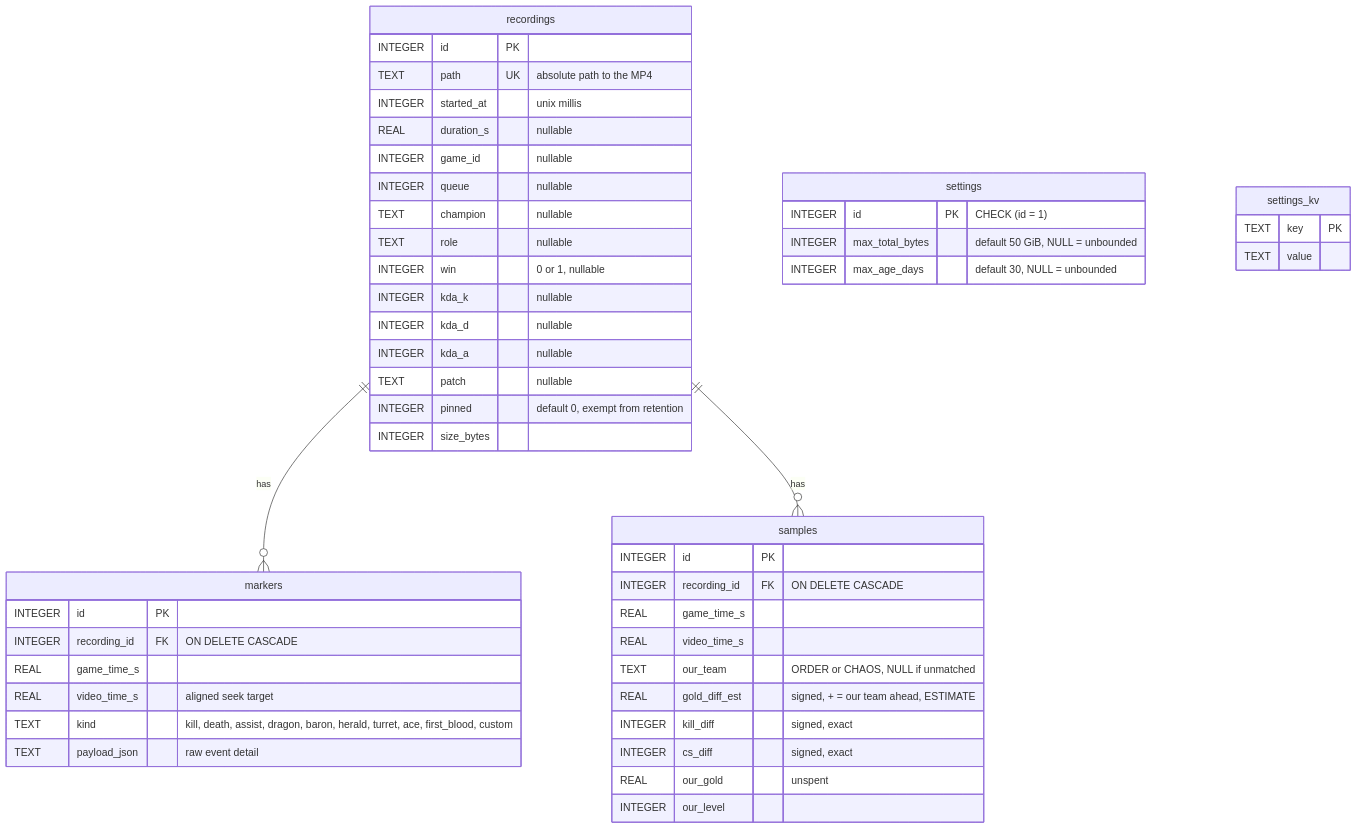
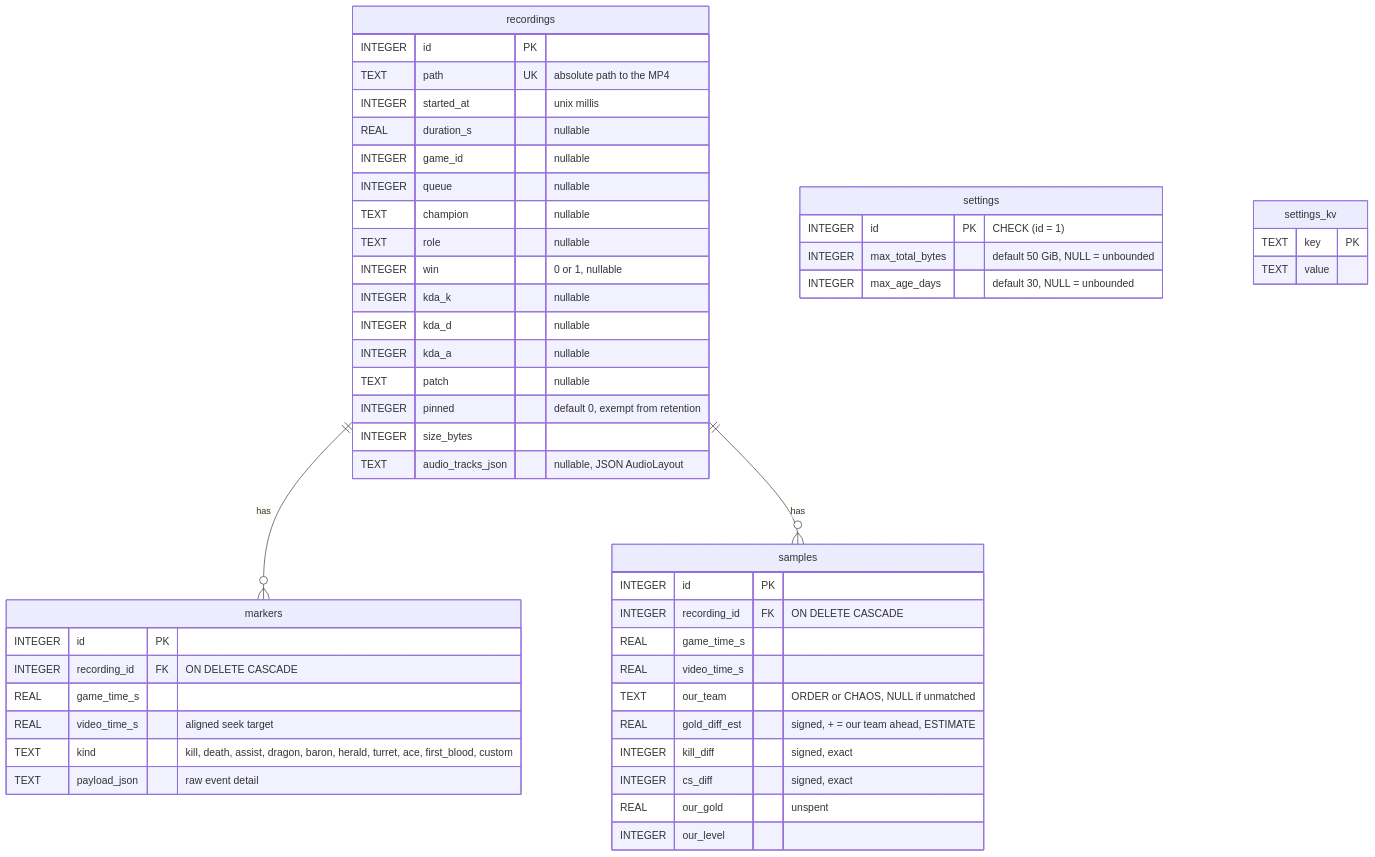
Before and after one commit to NinjaGoldfinch/ninja-recorder: the first of 3 diagrams in docs/data-model.md, drawn with Mermaid. The commit also changed other lines of this file and 30 other files, not shown here.

````diff
--- a/docs/data-model.md
+++ b/docs/data-model.md
@@ -15,52 +15,53 @@
 ```mermaid
 erDiagram
     recordings ||--o{ markers : "has"
     recordings ||--o{ samples : "has"
 
     recordings {
         INTEGER id PK
         TEXT    path UK "absolute path to the MP4"
         INTEGER started_at "unix millis"
         REAL    duration_s "nullable"
         INTEGER game_id "nullable"
         INTEGER queue "nullable"
         TEXT    champion "nullable"
         TEXT    role "nullable"
         INTEGER win "0 or 1, nullable"
         INTEGER kda_k "nullable"
         INTEGER kda_d "nullable"
         INTEGER kda_a "nullable"
         TEXT    patch "nullable"
         INTEGER pinned "default 0, exempt from retention"
         INTEGER size_bytes
+        TEXT    audio_tracks_json "nullable, JSON AudioLayout"
     }
     markers {
         INTEGER id PK
         INTEGER recording_id FK "ON DELETE CASCADE"
         REAL    game_time_s
         REAL    video_time_s "aligned seek target"
         TEXT    kind "kill, death, assist, dragon, baron, herald, turret, ace, first_blood, custom"
         TEXT    payload_json "raw event detail"
     }
     samples {
         INTEGER id PK
         INTEGER recording_id FK "ON DELETE CASCADE"
         REAL    game_time_s
         REAL    video_time_s
         TEXT    our_team "ORDER or CHAOS, NULL if unmatched"
         REAL    gold_diff_est "signed, + = our team ahead, ESTIMATE"
         INTEGER kill_diff "signed, exact"
         INTEGER cs_diff "signed, exact"
         REAL    our_gold "unspent"
         INTEGER our_level
     }
     settings {
         INTEGER id PK "CHECK (id = 1)"
         INTEGER max_total_bytes "default 50 GiB, NULL = unbounded"
         INTEGER max_age_days "default 30, NULL = unbounded"
     }
     settings_kv {
         TEXT key PK
         TEXT value
     }
 ```
````
